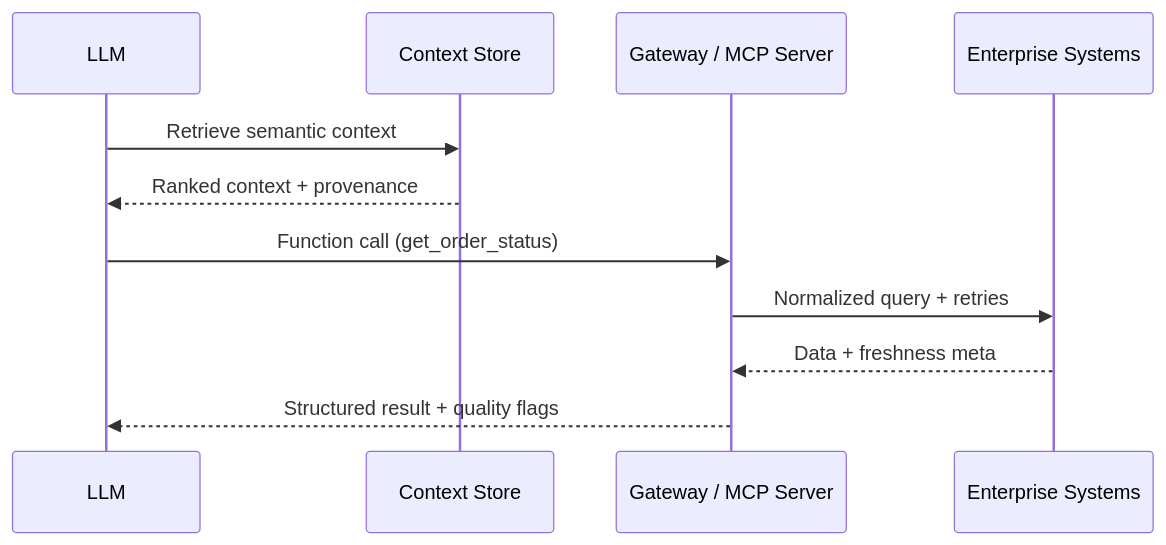
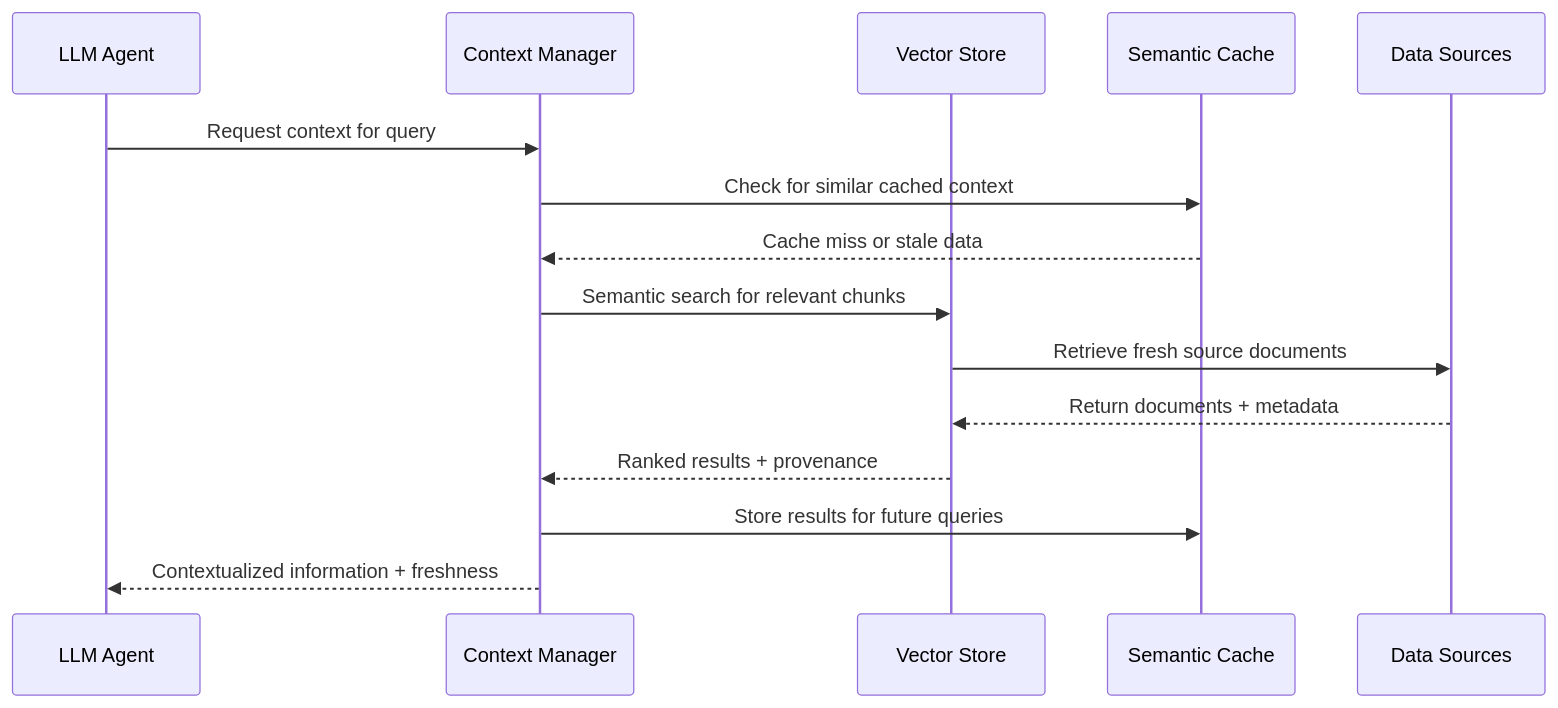
The second of 5 diagrams in blog/2025-09-24-enterprise-ai-application-architecture.mdx (tikazyq/marvinzhang.dev), drawn with Mermaid before and after one commit. The commit also changed other lines of this file and 1 other file, not shown here.

````diff
--- a/blog/2025-09-24-enterprise-ai-application-architecture.mdx
+++ b/blog/2025-09-24-enterprise-ai-application-architecture.mdx
@@ -99,13 +149,18 @@
 ```mermaid
 sequenceDiagram
-	participant L as LLM
-	participant C as Context Store
-	participant G as Gateway / MCP Server
-	participant S as Enterprise Systems
-	L->>C: Retrieve semantic context
-	C-->>L: Ranked context + provenance
-	L->>G: Function call (get_order_status)
-	G->>S: Normalized query + retries
-	S-->>G: Data + freshness meta
-	G-->>L: Structured result + quality flags
+    participant Agent as LLM Agent
+    participant Context as Context Manager
+    participant Vector as Vector Store
+    participant Cache as Semantic Cache
+    participant Sources as Data Sources
+    
+    Agent->>Context: Request context for query
+    Context->>Cache: Check for similar cached context
+    Cache-->>Context: Cache miss or stale data
+    Context->>Vector: Semantic search for relevant chunks
+    Vector->>Sources: Retrieve fresh source documents
+    Sources-->>Vector: Return documents + metadata
+    Vector-->>Context: Ranked results + provenance
+    Context->>Cache: Store results for future queries
+    Context-->>Agent: Contextualized information + freshness
 ```
````
